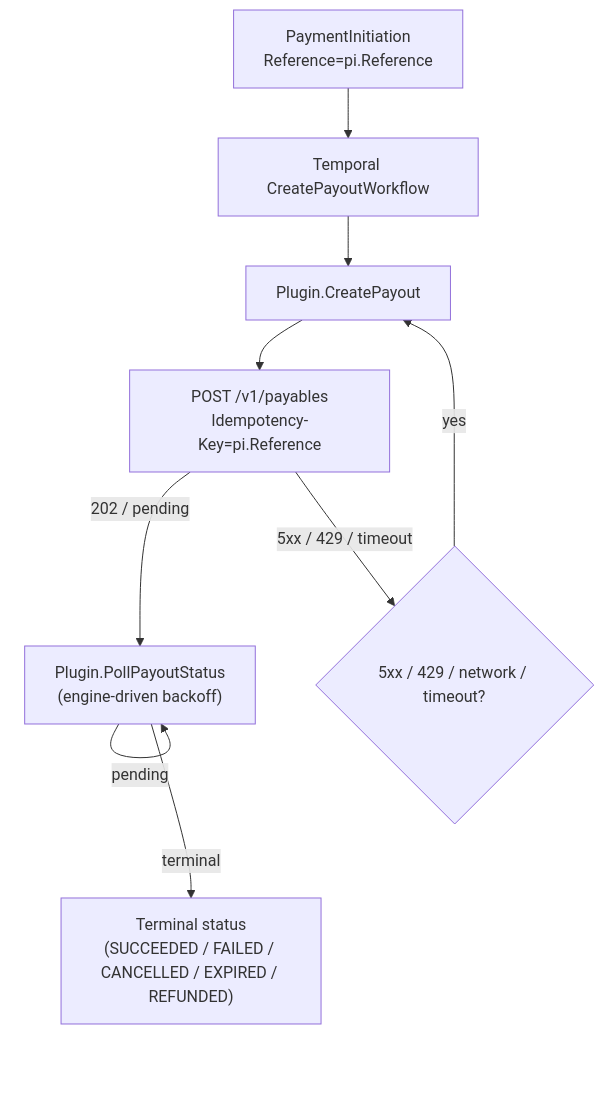
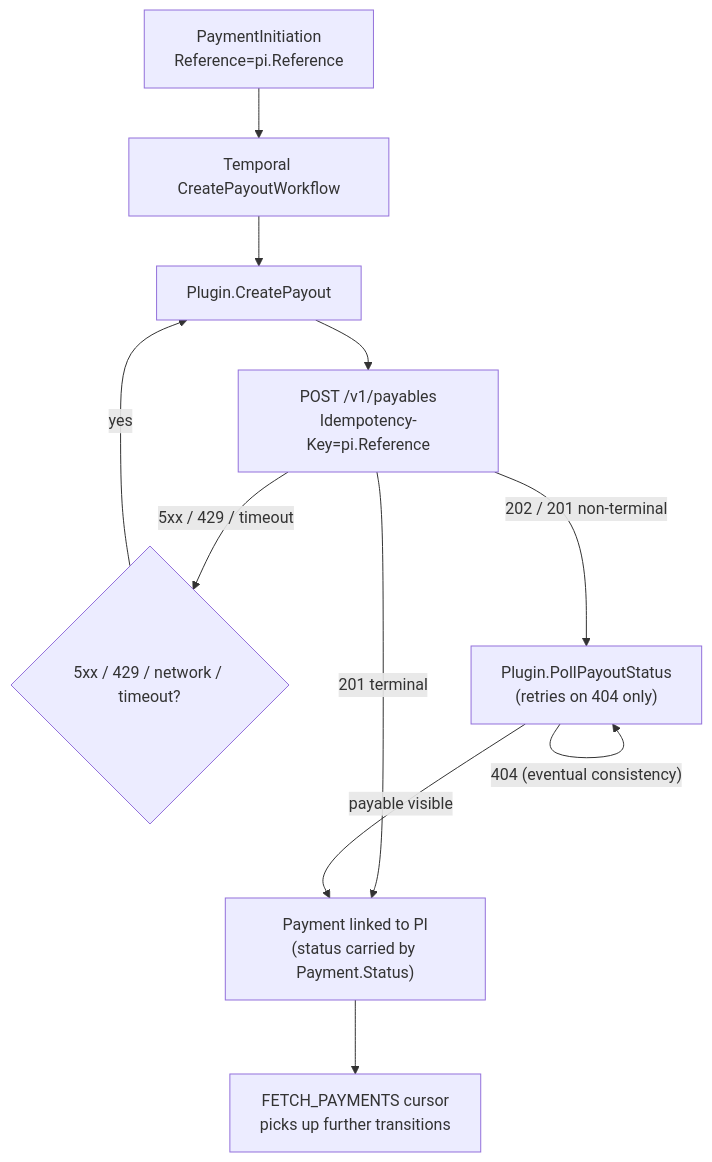
Before and after one commit to formancehq/payments: the diagram in ee/plugins/routable/MAPPINGS.md, drawn with Mermaid. The commit also changed other lines of this file and 5 other files, not shown here.

Commit message:
fix(routable): always return Payment from pollPayableStatus; resync MAPPINGS volume model

````diff
--- a/ee/plugins/routable/MAPPINGS.md
+++ b/ee/plugins/routable/MAPPINGS.md
@@ -254,17 +254,20 @@
 ```mermaid
 flowchart TD
   pi["PaymentInitiation\nReference=pi.Reference"]
   workflow["Temporal CreatePayoutWorkflow"]
   plugin["Plugin.CreatePayout"]
   routable["POST /v1/payables\nIdempotency-Key=pi.Reference"]
   retry{"5xx / 429 / network / timeout?"}
-  poll["Plugin.PollPayoutStatus\n(engine-driven backoff)"]
-  done["Terminal status\n(SUCCEEDED / FAILED / CANCELLED / EXPIRED / REFUNDED)"]
+  poll["Plugin.PollPayoutStatus\n(retries on 404 only)"]
+  linked["Payment linked to PI\n(status carried by Payment.Status)"]
+  fetch["FETCH_PAYMENTS cursor\npicks up further transitions"]
 
   pi --> workflow --> plugin --> routable
-  routable -->|"202 / pending"| poll
   routable -->|"5xx / 429 / timeout"| retry
   retry -->|"yes"| plugin
-  poll -->|"pending"| poll
-  poll -->|"terminal"| done
+  routable -->|"202 / 201 non-terminal"| poll
+  routable -->|"201 terminal"| linked
+  poll -->|"404 (eventual consistency)"| poll
+  poll -->|"payable visible"| linked
+  linked --> fetch
 ```
````
